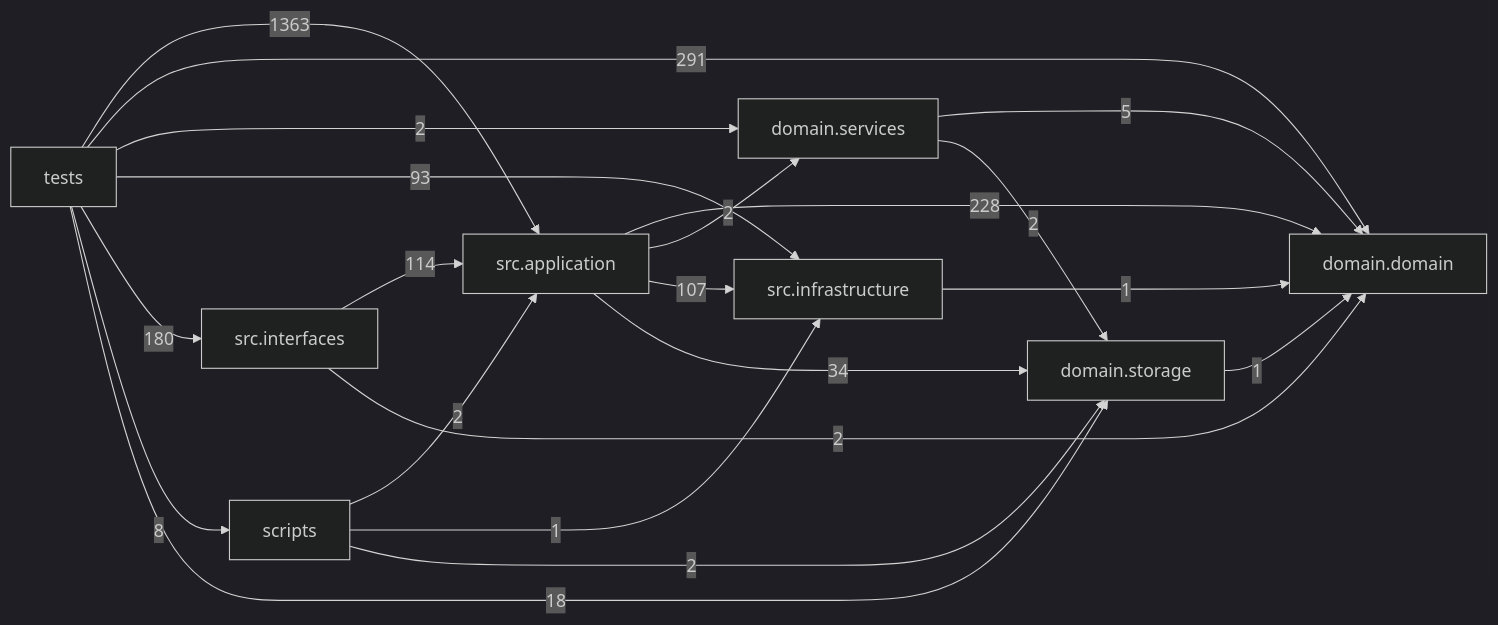
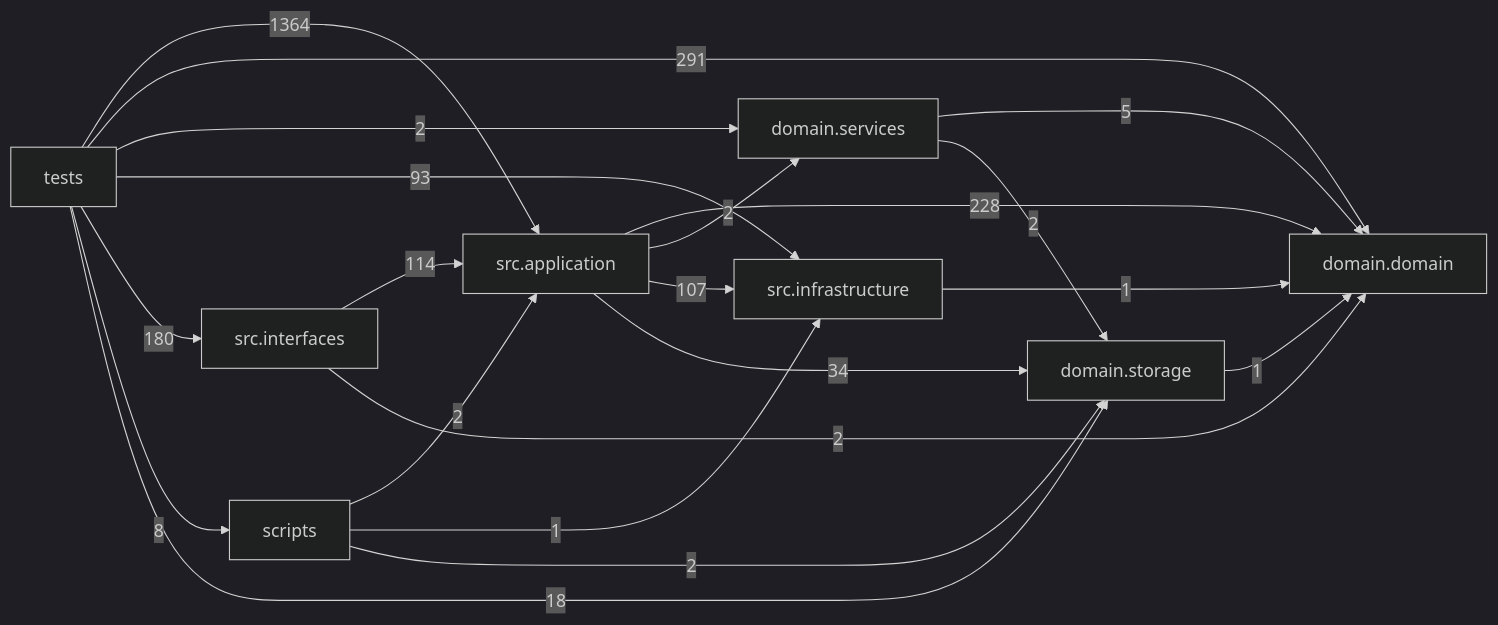
The diagram in docs/DEPENDENCY_GRAPH.md (liuxie066/options-monitor), drawn with Mermaid (dark theme) before and after one commit. The commit also changed other lines of this file and 5 other files, not shown here.

Commit message:
Release v1.2.368 copilot strict schema synthesis

````diff
--- a/docs/DEPENDENCY_GRAPH.md
+++ b/docs/DEPENDENCY_GRAPH.md
@@ -24,31 +24,31 @@
 ```mermaid
 flowchart LR
   tests["tests"]
   scripts["scripts"]
   interfaces["src.interfaces"]
   application["src.application"]
   infrastructure["src.infrastructure"]
   domain_services["domain.services"]
   domain["domain.domain"]
   storage["domain.storage"]
   application -->|228| domain
   application -->|2| domain_services
   application -->|107| infrastructure
   application -->|34| storage
   domain_services -->|5| domain
   domain_services -->|2| storage
   infrastructure -->|1| domain
   interfaces -->|114| application
   interfaces -->|2| domain
   scripts -->|2| application
   scripts -->|1| infrastructure
   scripts -->|2| storage
   storage -->|1| domain
-  tests -->|1363| application
+  tests -->|1364| application
   tests -->|291| domain
   tests -->|2| domain_services
   tests -->|93| infrastructure
   tests -->|180| interfaces
   tests -->|8| scripts
   tests -->|18| storage
 ```
````
